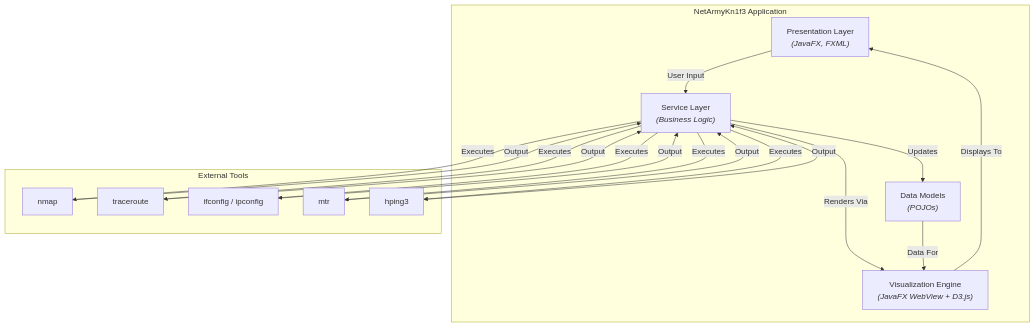
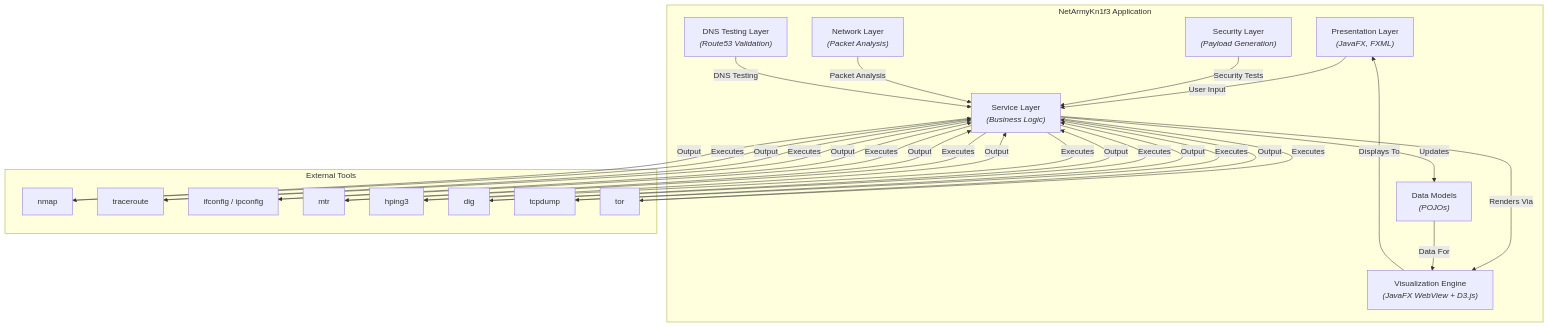
One commit to annabook21/NetArmyKn1f3 changed the diagram in docs/DESIGN.md. Above: the diagram before and after it, drawn with Mermaid. The commit also changed other lines of this file and 1 other file, not shown here.

````diff
--- a/docs/DESIGN.md
+++ b/docs/DESIGN.md
@@ -35,34 +38,48 @@
 ```mermaid
 graph TD
     subgraph "NetArmyKn1f3 Application"
         A["Presentation Layer <br><i>(JavaFX, FXML)</i>"]
         B["Service Layer <br><i>(Business Logic)</i>"]
         C["Data Models <br><i>(POJOs)</i>"]
         D["Visualization Engine <br><i>(JavaFX WebView + D3.js)</i>"]
+        E["Security Layer <br><i>(Payload Generation)</i>"]
+        F["Network Layer <br><i>(Packet Analysis)</i>"]
+        G["DNS Testing Layer <br><i>(Route53 Validation)</i>"]
     end
 
     subgraph "External Tools"
-        E[nmap]
-        F[traceroute]
-        G["ifconfig / ipconfig"]
-        H[mtr]
-        I[hping3]
+        H[nmap]
+        I[traceroute]
+        J["ifconfig / ipconfig"]
+        K[mtr]
+        L[hping3]
+        M[dig]
+        N[tcpdump]
+        O[tor]
     end
 
     A -->|User Input| B
-    B -->|Executes| E
-    B -->|Executes| F
-    B -->|Executes| G
     B -->|Executes| H
     B -->|Executes| I
-    E -->|Output| B
-    F -->|Output| B
-    G -->|Output| B
+    B -->|Executes| J
+    B -->|Executes| K
+    B -->|Executes| L
+    B -->|Executes| M
+    B -->|Executes| N
+    B -->|Executes| O
     H -->|Output| B
     I -->|Output| B
+    J -->|Output| B
+    K -->|Output| B
+    L -->|Output| B
+    M -->|Output| B
+    N -->|Output| B
+    O -->|Output| B
     B -->|Updates| C
     B -->|Renders Via| D
     C -->|Data For| D
     D -->|Displays To| A
-
+    E -->|Security Tests| B
+    F -->|Packet Analysis| B
+    G -->|DNS Testing| B
 ```
````
